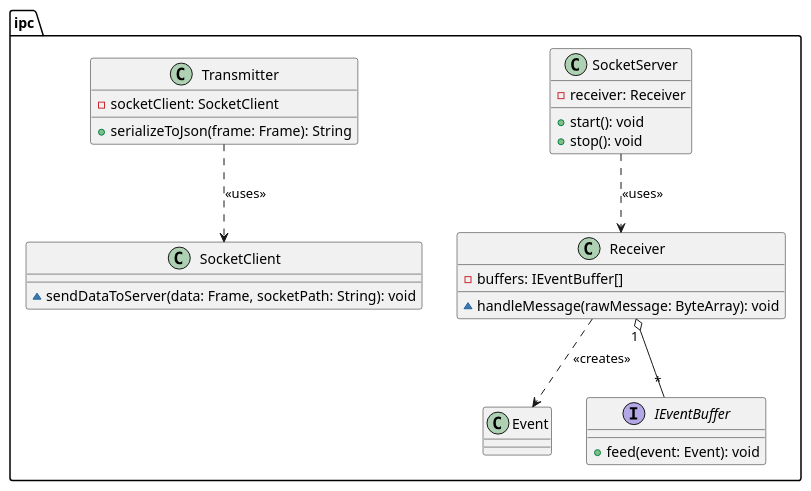
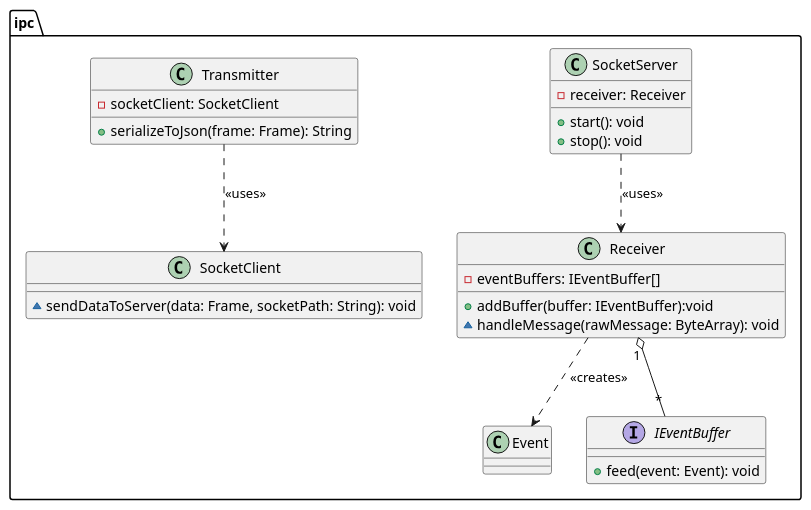
Before and after one commit to Pending-Name-21/arquitecture: the diagram in uml/frontend-software-system/ipc.puml, drawn with PlantUML. The commit also changed 3 other files, not shown here.

```diff
--- a/uml/frontend-software-system/ipc.puml
+++ b/uml/frontend-software-system/ipc.puml
@@ -1,42 +1,43 @@
 @startuml
 package ipc {
 /'
 ------------------------------
 Server
 ------------------------------
 '/
     ' The channel
     class SocketServer {
         -receiver: Receiver
         +start(): void
         +stop(): void
     }
     SocketServer ..> Receiver: <<uses>>
 
     class Receiver {
-        -buffers: IEventBuffer[]
+        -eventBuffers: IEventBuffer[]
+        +addBuffer(buffer: IEventBuffer):void
         ~handleMessage(rawMessage: ByteArray): void
     }
     Receiver ..> Event: <<creates>>
     Receiver "1" o-- "*" IEventBuffer
 
     interface IEventBuffer {
         +feed(event: Event): void
     }
 /'
 ------------------------------
 Client
 ------------------------------
 '/
     ' The channel
     class SocketClient {
         ~sendDataToServer(data: Frame, socketPath: String): void
     }
 
     class Transmitter {
         -socketClient: SocketClient
         +serializeToJson(frame: Frame): String
     }
     Transmitter ..> SocketClient: <<uses>>
 }
 @enduml
```
